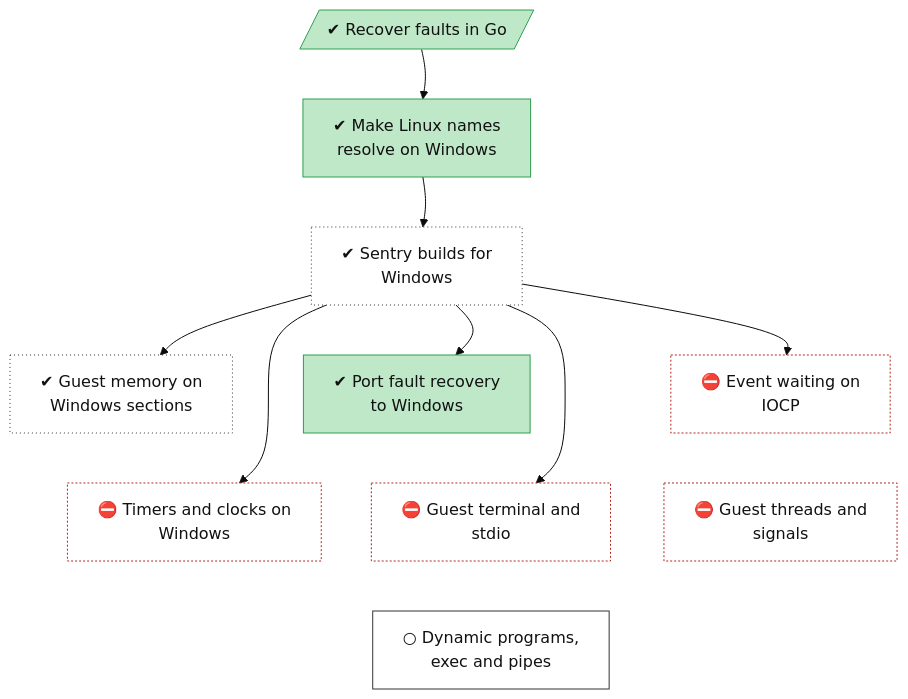
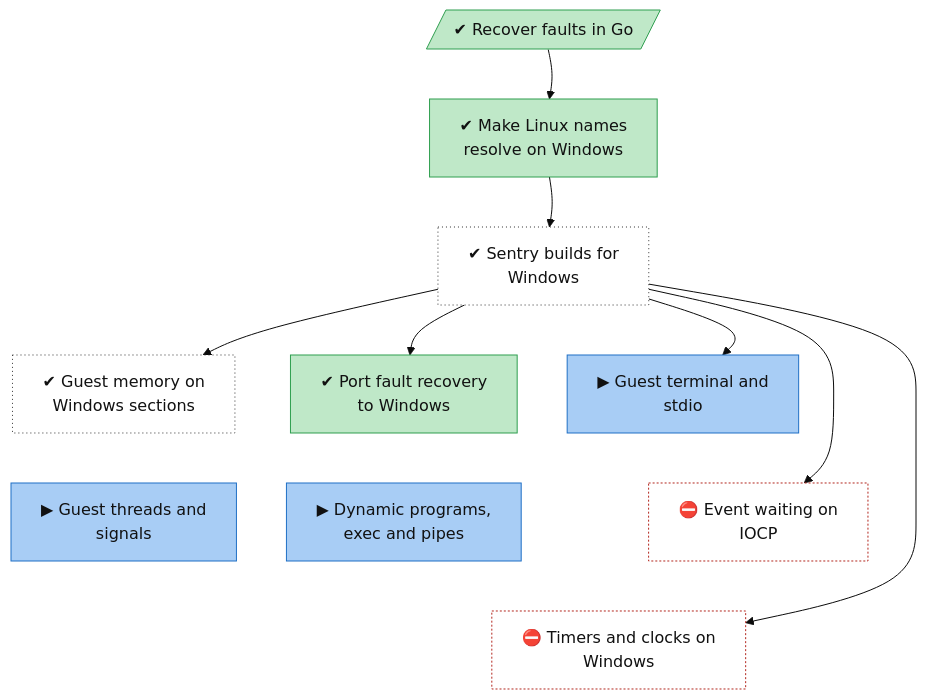
Before and after one commit to lhns/gvisor-windows: the diagram in docs/roadmap/tracks/sentry.md, drawn with Mermaid (base theme). The commit also changed other lines of this file and 7 other files, not shown here.

````diff
--- a/docs/roadmap/tracks/sentry.md
+++ b/docs/roadmap/tracks/sentry.md
@@ -10,49 +10,49 @@
 ```mermaid
 flowchart TB
     sentry_go_fault_recovery[/"✔ Recover faults in Go"/]
     sentry_unix_shim["✔ Make Linux names<br/>resolve on Windows"]
     sentry_windows_build["✔ Sentry builds for<br/>Windows"]
     sentry_memory_file_sections["✔ Guest memory on<br/>Windows sections"]
     sentry_fault_recovery["✔ Port fault recovery<br/>to Windows"]
+    sentry_host_stdio_and_tty["▶ Guest terminal and<br/>stdio"]
+    sentry_threads_and_signals["▶ Guest threads and<br/>signals"]
+    sentry_dynamic_elf_and_exec["▶ Dynamic programs,<br/>exec and pipes"]
     sentry_event_loop_iocp["⛔ Event waiting on<br/>IOCP"]
     sentry_timers_and_clocks["⛔ Timers and clocks on<br/>Windows"]
-    sentry_host_stdio_and_tty["⛔ Guest terminal and<br/>stdio"]
-    sentry_threads_and_signals["⛔ Guest threads and<br/>signals"]
-    sentry_dynamic_elf_and_exec["○ Dynamic programs,<br/>exec and pipes"]
     sentry_go_fault_recovery ~~~ sentry_unix_shim
     sentry_unix_shim ~~~ sentry_windows_build
     sentry_windows_build ~~~ sentry_memory_file_sections
     sentry_windows_build ~~~ sentry_fault_recovery
-    sentry_windows_build ~~~ sentry_event_loop_iocp
-    sentry_memory_file_sections ~~~ sentry_timers_and_clocks
-    sentry_fault_recovery ~~~ sentry_host_stdio_and_tty
-    sentry_event_loop_iocp ~~~ sentry_threads_and_signals
-    sentry_timers_and_clocks ~~~ sentry_dynamic_elf_and_exec
-    sentry_host_stdio_and_tty ~~~ sentry_dynamic_elf_and_exec
-    sentry_threads_and_signals ~~~ sentry_dynamic_elf_and_exec
+    sentry_windows_build ~~~ sentry_host_stdio_and_tty
+    sentry_memory_file_sections ~~~ sentry_threads_and_signals
+    sentry_fault_recovery ~~~ sentry_dynamic_elf_and_exec
+    sentry_host_stdio_and_tty ~~~ sentry_event_loop_iocp
+    sentry_threads_and_signals ~~~ sentry_timers_and_clocks
+    sentry_dynamic_elf_and_exec ~~~ sentry_timers_and_clocks
+    sentry_event_loop_iocp ~~~ sentry_timers_and_clocks
     sentry_go_fault_recovery --> sentry_unix_shim
     sentry_unix_shim --> sentry_windows_build
     sentry_windows_build --> sentry_memory_file_sections
     sentry_windows_build --> sentry_fault_recovery
+    sentry_windows_build --> sentry_host_stdio_and_tty
     sentry_windows_build --> sentry_event_loop_iocp
     sentry_windows_build --> sentry_timers_and_clocks
-    sentry_windows_build --> sentry_host_stdio_and_tty
     classDef vsucc fill:#2e9e4f,stroke:#1b6b34,color:#fff
     classDef succ fill:#bfe8c8,stroke:#2e9e4f,color:#111
     classDef mixed fill:#ffd37a,stroke:#c98a00,color:#111
     classDef bad fill:#f28b82,stroke:#b3261e,color:#111
     classDef dead fill:#e6e6e6,stroke:#777,stroke-dasharray:5 5,color:#555
     classDef inprog fill:#a8cdf5,stroke:#1f6fc5,color:#111
     classDef next fill:#fff,stroke:#333,color:#111
     classDef blocked fill:#fff,stroke:#b3261e,stroke-dasharray:2 2,color:#111
     classDef parked fill:#f3f3f3,stroke:#999,color:#555
     classDef unrated fill:#fff,stroke:#333,stroke-dasharray:1 3,color:#111
     classDef gate fill:#d9c2f0,stroke:#7b3fb5,color:#111
     classDef decided fill:#ece0f7,stroke:#7b3fb5,stroke-dasharray:2 2,color:#111
     classDef finding fill:#ffe0b2,stroke:#d84315,stroke-width:2px,color:#111
     classDef waiting fill:#e3f2fd,stroke:#1f6fc5,stroke-dasharray:5 5,color:#111
     class sentry_go_fault_recovery,sentry_unix_shim,sentry_fault_recovery succ
     class sentry_windows_build,sentry_memory_file_sections unrated
-    class sentry_event_loop_iocp,sentry_timers_and_clocks,sentry_host_stdio_and_tty,sentry_threads_and_signals blocked
-    class sentry_dynamic_elf_and_exec next
+    class sentry_host_stdio_and_tty,sentry_threads_and_signals,sentry_dynamic_elf_and_exec inprog
+    class sentry_event_loop_iocp,sentry_timers_and_clocks blocked
 ```
````
